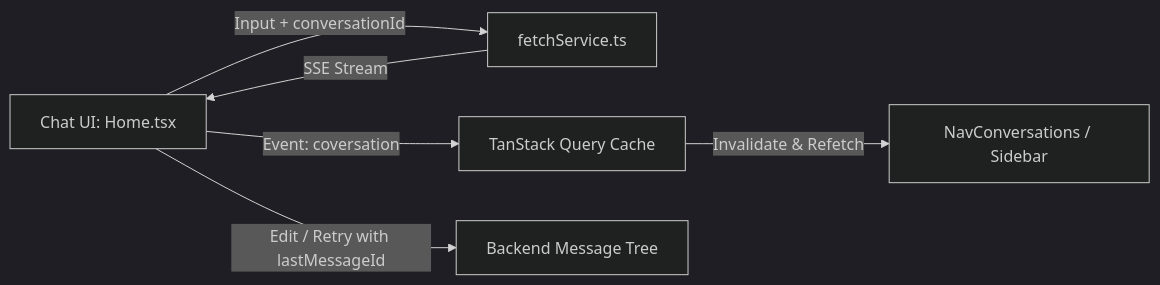
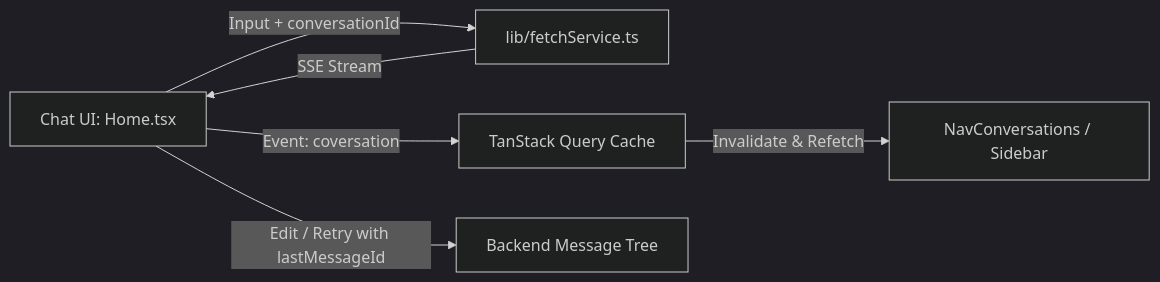
The diagram in README.md (mkk-karthi/ai-agent-frontend), drawn with Mermaid (dark theme) before and after one commit. The commit also changed other lines of this file and 32 other files, not shown here.

````diff
--- a/README.md
+++ b/README.md
@@ -76,8 +80,8 @@
 ```mermaid
 graph LR
-    UI[Chat UI: Home.tsx] -->|Input + conversationId| Service[fetchService.ts]
-    Service -->|SSE Stream| UI
+    UI[Chat UI: Home.tsx] -->|Input + conversationId| Lib[lib/fetchService.ts]
+    Lib -->|SSE Stream| UI
     UI -->|Event: coversation| Cache[TanStack Query Cache]
     Cache -->|Invalidate & Refetch| Sidebar[NavConversations / Sidebar]
     UI -->|Edit / Retry with lastMessageId| Tree[Backend Message Tree]
 ```
````
